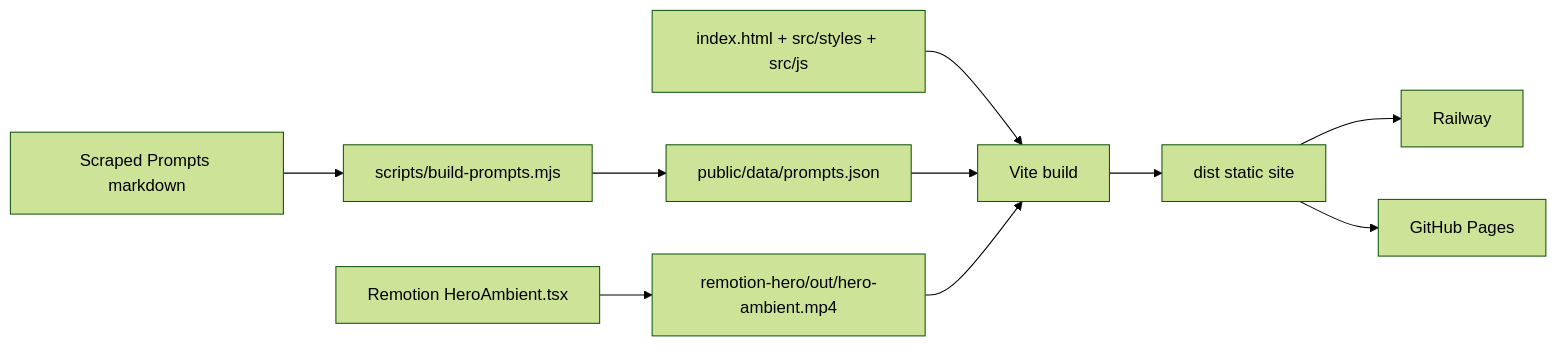
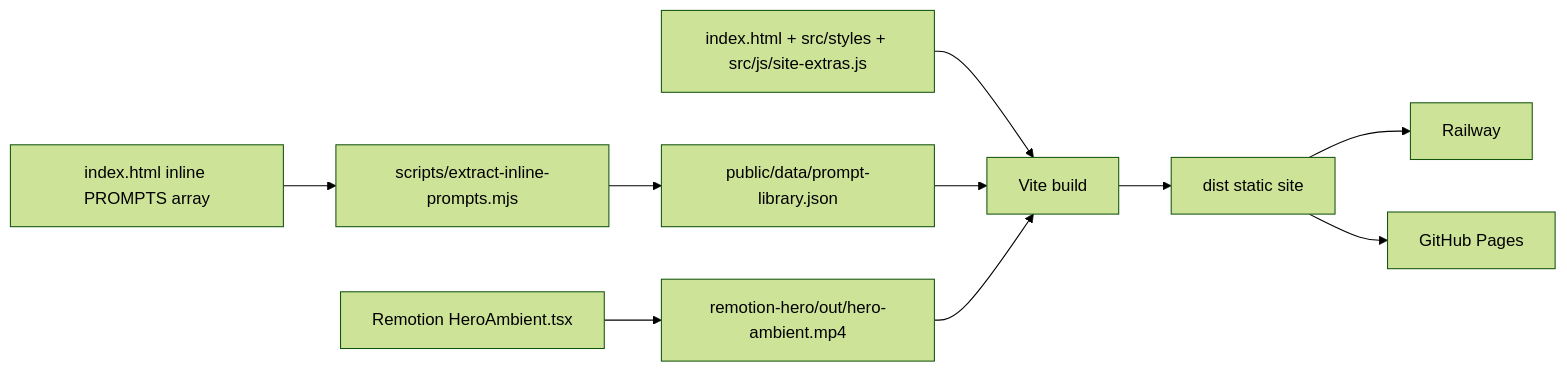
One commit to abdullahGoldbell/AIFrameworkGB changed the diagram in README.md. Above: the diagram before and after it, drawn with Mermaid (forest theme). The commit also changed other lines of this file and 19 other files, not shown here.

First line of the commit message:
docs: architecture honesty + kbd shortcuts + builder pulse + misc polish

````diff
--- a/README.md
+++ b/README.md
@@ -105,12 +149,12 @@
 ```mermaid
 flowchart LR
-  A[Scraped Prompts markdown] --> B[scripts/build-prompts.mjs]
-  B --> C[public/data/prompts.json]
+  A[index.html inline PROMPTS array] --> B[scripts/extract-inline-prompts.mjs]
+  B --> C[public/data/prompt-library.json]
   D[Remotion HeroAmbient.tsx] --> E[remotion-hero/out/hero-ambient.mp4]
-  F[index.html + src/styles + src/js] --> G[Vite build]
+  F[index.html + src/styles + src/js/site-extras.js] --> G[Vite build]
   C --> G
   E --> G
   G --> H[dist static site]
   H --> I[Railway]
   H --> J[GitHub Pages]
 ```
````
